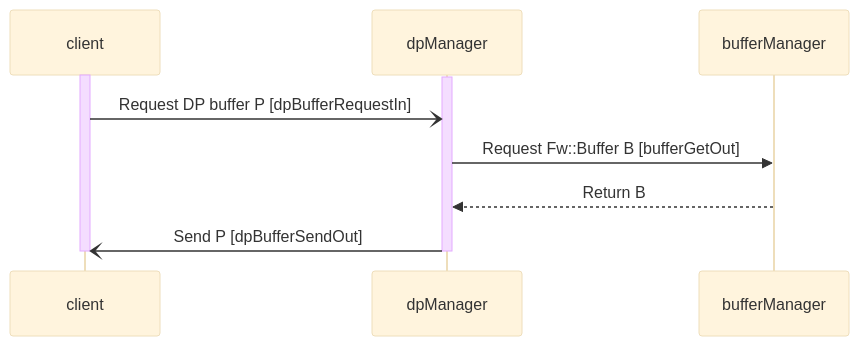
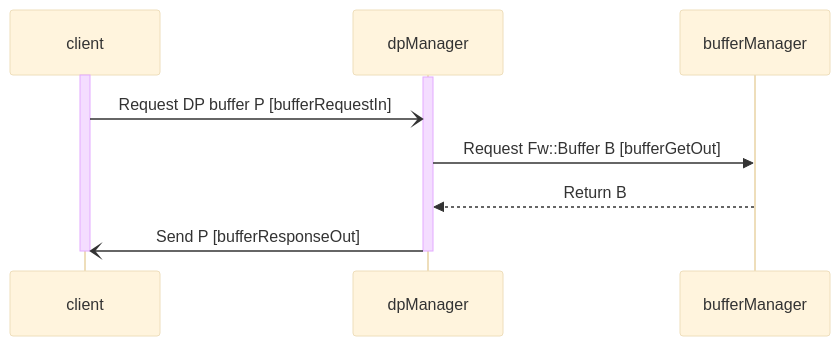
Before and after one commit to bocchino/fprime: the first of 2 diagrams in Svc/DpManager/docs/sdd.md, drawn with Mermaid (base theme). The commit also changed other lines of this file, not shown here.

Commit message:
Revise DpManager SDD

````diff
--- a/Svc/DpManager/docs/sdd.md
+++ b/Svc/DpManager/docs/sdd.md
@@ -146,11 +146,11 @@
 ```mermaid
 sequenceDiagram
     activate client
     activate dpManager
-    client-)dpManager: Request DP buffer P [dpBufferRequestIn]
+    client-)dpManager: Request DP buffer P [bufferRequestIn]
     dpManager->>bufferManager: Request Fw::Buffer B [bufferGetOut]
     bufferManager-->>dpManager: Return B
-    dpManager-)client: Send P [dpBufferSendOut]
+    dpManager-)client: Send P [bufferResponseOut]
     deactivate dpManager
     deactivate client
 ```
````
